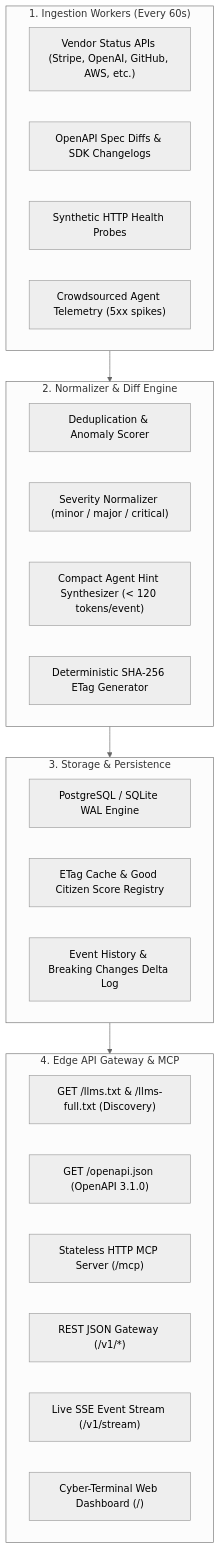
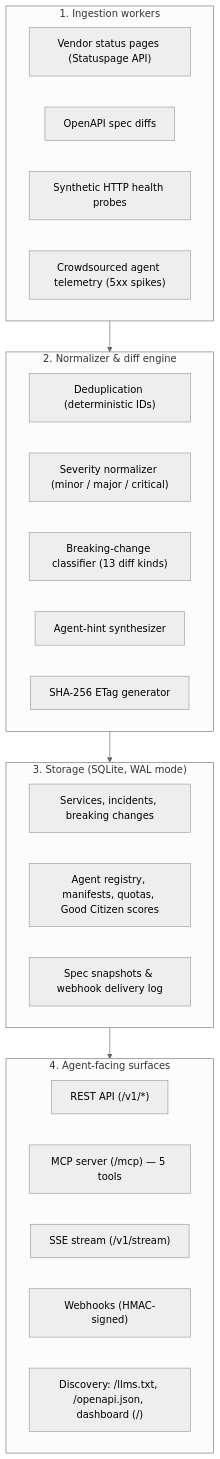
One commit to Akshat-Srivastava-PS/AgentPulse changed the diagram in README.md. Above: the diagram before and after it, drawn with Mermaid (neutral theme). The commit also changed other lines of this file, not shown here.

Commit message:
Rewrite README as full project overview: problem, who it's for, how it works (ingestion, manifests/impact, playbooks, Good Citizen quotas, webhooks), interfaces, MCP/SDK guides, quickstart, config, data model, honest limitations

````diff
--- a/README.md
+++ b/README.md
@@ -29,35 +57,33 @@
 ```mermaid
 flowchart TD
-    subgraph Ingestion ["1. Ingestion Workers (Every 60s)"]
-        A1["Vendor Status APIs (Stripe, OpenAI, GitHub, AWS, etc.)"]
-        A2["OpenAPI Spec Diffs & SDK Changelogs"]
-        A3["Synthetic HTTP Health Probes"]
-        A4["Crowdsourced Agent Telemetry (5xx spikes)"]
+    subgraph Ingestion ["1. Ingestion workers"]
+        A1["Vendor status pages (Statuspage API)"]
+        A2["OpenAPI spec diffs"]
+        A3["Synthetic HTTP health probes"]
+        A4["Crowdsourced agent telemetry (5xx spikes)"]
     end
 
-    subgraph Engine ["2. Normalizer & Diff Engine"]
-        B1["Deduplication & Anomaly Scorer"]
-        B2["Severity Normalizer (minor / major / critical)"]
-        B3["Compact Agent Hint Synthesizer (< 120 tokens/event)"]
-        B4["Deterministic SHA-256 ETag Generator"]
+    subgraph Engine ["2. Normalizer & diff engine"]
+        B1["Deduplication (deterministic IDs)"]
+        B2["Severity normalizer (minor / major / critical)"]
+        B3["Breaking-change classifier (13 diff kinds)"]
+        B4["Agent-hint synthesizer"]
+        B5["SHA-256 ETag generator"]
     end
 
-    subgraph Storage ["3. Storage & Persistence"]
-        C1["PostgreSQL / SQLite WAL Engine"]
-        C2["ETag Cache & Good Citizen Score Registry"]
-        C3["Event History & Breaking Changes Delta Log"]
+    subgraph Storage ["3. Storage (SQLite, WAL mode)"]
+        C1["Services, incidents, breaking changes"]
+        C2["Agent registry, manifests, quotas, Good Citizen scores"]
+        C3["Spec snapshots & webhook delivery log"]
     end
 
-    subgraph Edge ["4. Edge API Gateway & MCP"]
-        D1["GET /llms.txt & /llms-full.txt (Discovery)"]
-        D2["GET /openapi.json (OpenAPI 3.1.0)"]
-        D3["Stateless HTTP MCP Server (/mcp)"]
-        D4["REST JSON Gateway (/v1/*)"]
-        D5["Live SSE Event Stream (/v1/stream)"]
-        D6["Cyber-Terminal Web Dashboard (/)"]
+    subgraph Edge ["4. Agent-facing surfaces"]
+        D1["REST API (/v1/*)"]
+        D2["MCP server (/mcp) — 5 tools"]
+        D3["SSE stream (/v1/stream)"]
+        D4["Webhooks (HMAC-signed)"]
+        D5["Discovery: /llms.txt, /openapi.json, dashboard (/)"]
     end
 
-    Ingestion --> Engine
-    Engine --> Storage
-    Storage --> Edge
+    Ingestion --> Engine --> Storage --> Edge
 ```
````
